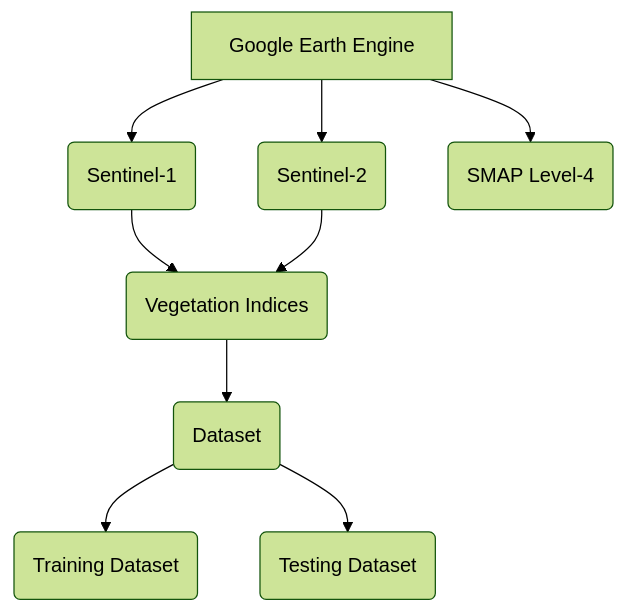
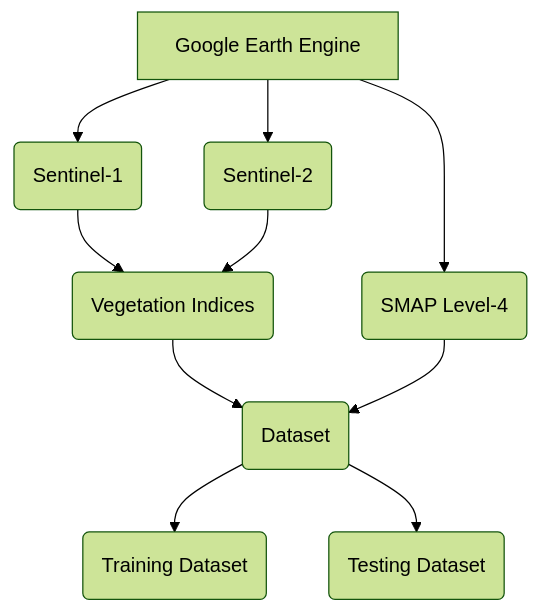
One commit to ITU-GeoAI-Challenge/3rd_place_cropland_mapping changed the diagram in README.md. Above: the diagram before and after it, drawn with Mermaid (forest theme).

````diff
--- a/README.md
+++ b/README.md
@@ -14,14 +14,15 @@
 ```mermaid
 graph TD
     A[Google Earth Engine] --> B(Sentinel-1)
     A --> C(Sentinel-2)
     A --> D(SMAP Level-4)
 
     B --> E(Vegetation Indices)
     C --> E
-
+    
     E --> F(Dataset)
+    D --> F
     F --> G(Training Dataset)
     F --> K(Testing Dataset)
 
 ```
````
